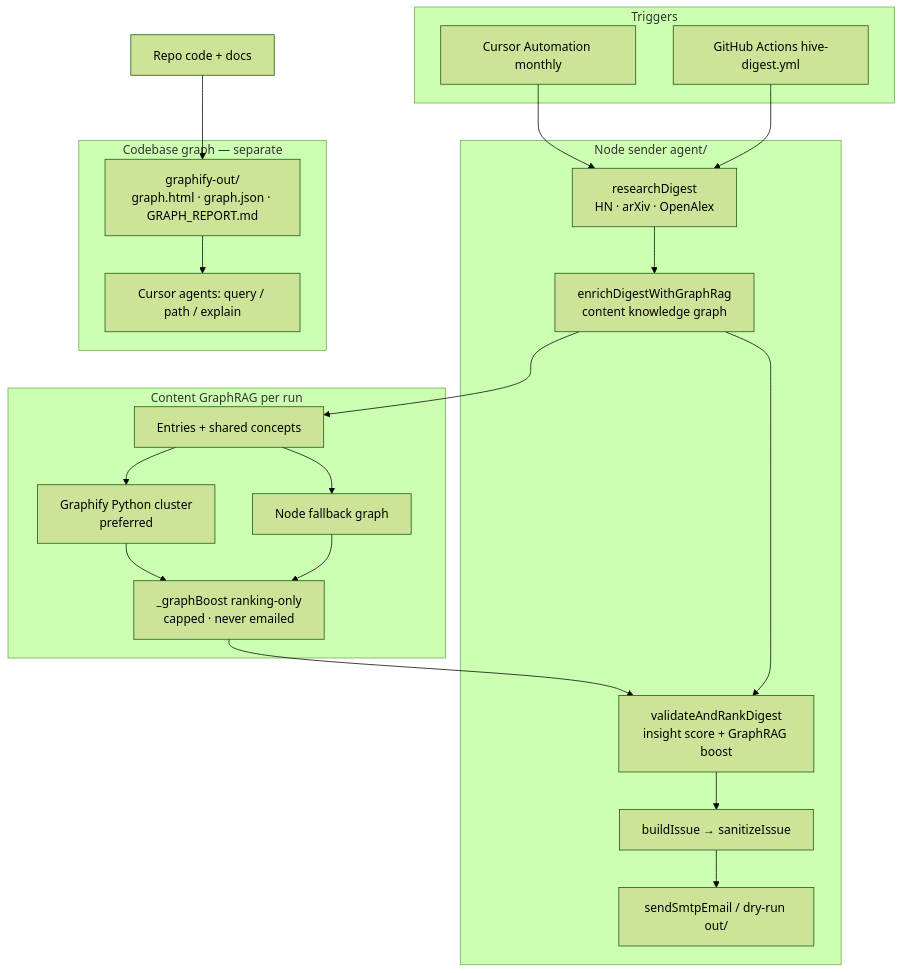
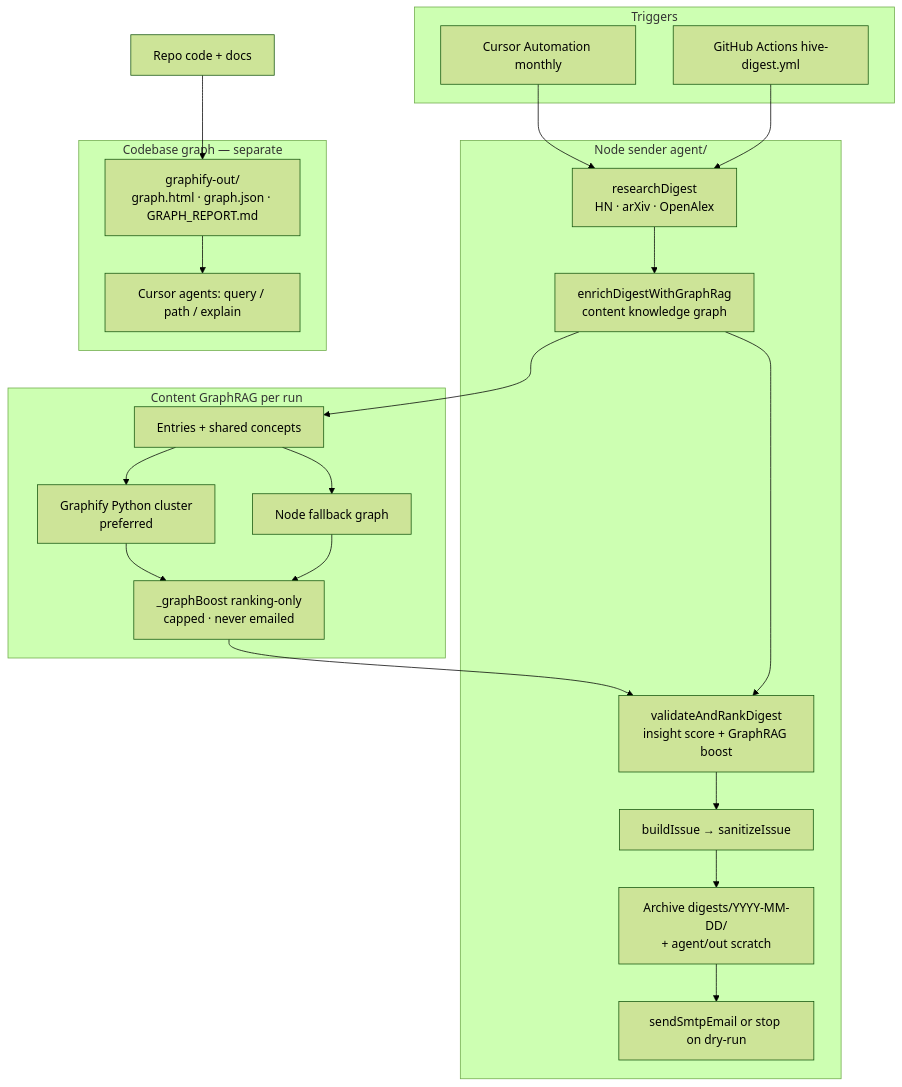
One commit to ark-synbrains/hive-digest changed the diagram in README.md. Above: the diagram before and after it, drawn with Mermaid (forest theme). The commit also changed other lines of this file and 12 other files, not shown here.

First line of the commit message:
feat(digests): archive every generated Hive Digest issue in-repo

````diff
--- a/README.md
+++ b/README.md
@@ -120,43 +120,45 @@
 ```mermaid
 flowchart TB
   subgraph triggers [Triggers]
     CA[Cursor Automation monthly]
     GA[GitHub Actions hive-digest.yml]
   end
 
   subgraph sender [Node sender agent/]
     R[researchDigest<br/>HN · arXiv · OpenAlex]
     G[enrichDigestWithGraphRag<br/>content knowledge graph]
     V[validateAndRankDigest<br/>insight score + GraphRAG boost]
     B[buildIssue → sanitizeIssue]
-    S[sendSmtpEmail / dry-run out/]
+    A[Archive digests/YYYY-MM-DD/<br/>+ agent/out scratch]
+    S[sendSmtpEmail or stop on dry-run]
   end
 
   subgraph contentGraph [Content GraphRAG per run]
     E[Entries + shared concepts]
     P[Graphify Python cluster<br/>preferred]
     N[Node fallback graph]
     X[_graphBoost ranking-only<br/>capped · never emailed]
   end
 
   subgraph codebaseGraph [Codebase graph — separate]
     CG[graphify-out/<br/>graph.html · graph.json · GRAPH_REPORT.md]
     CQ[Cursor agents: query / path / explain]
   end
 
   CA --> R
   GA --> R
   R --> G
   G --> E
   E --> P
   E --> N
   P --> X
   N --> X
   X --> V
   G --> V
   V --> B
-  B --> S
+  B --> A
+  A --> S
 
   Codebase[Repo code + docs] --> CG
   CG --> CQ
 ```
````
